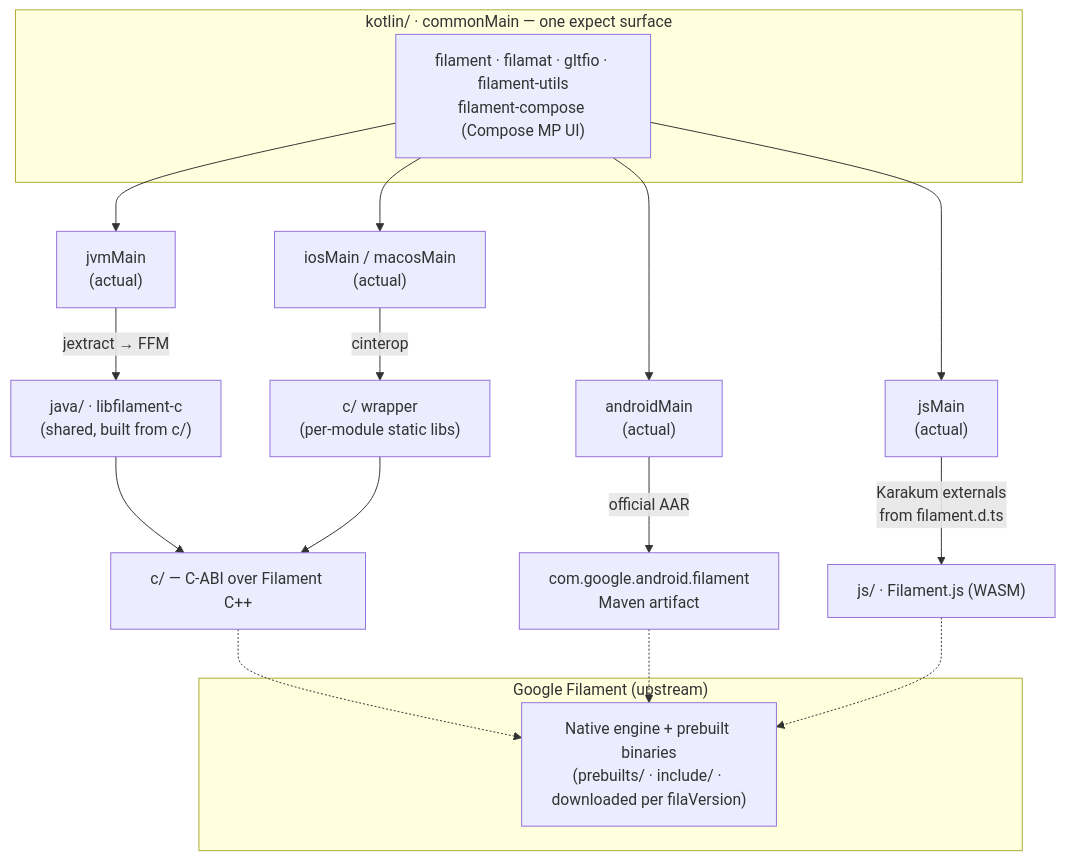
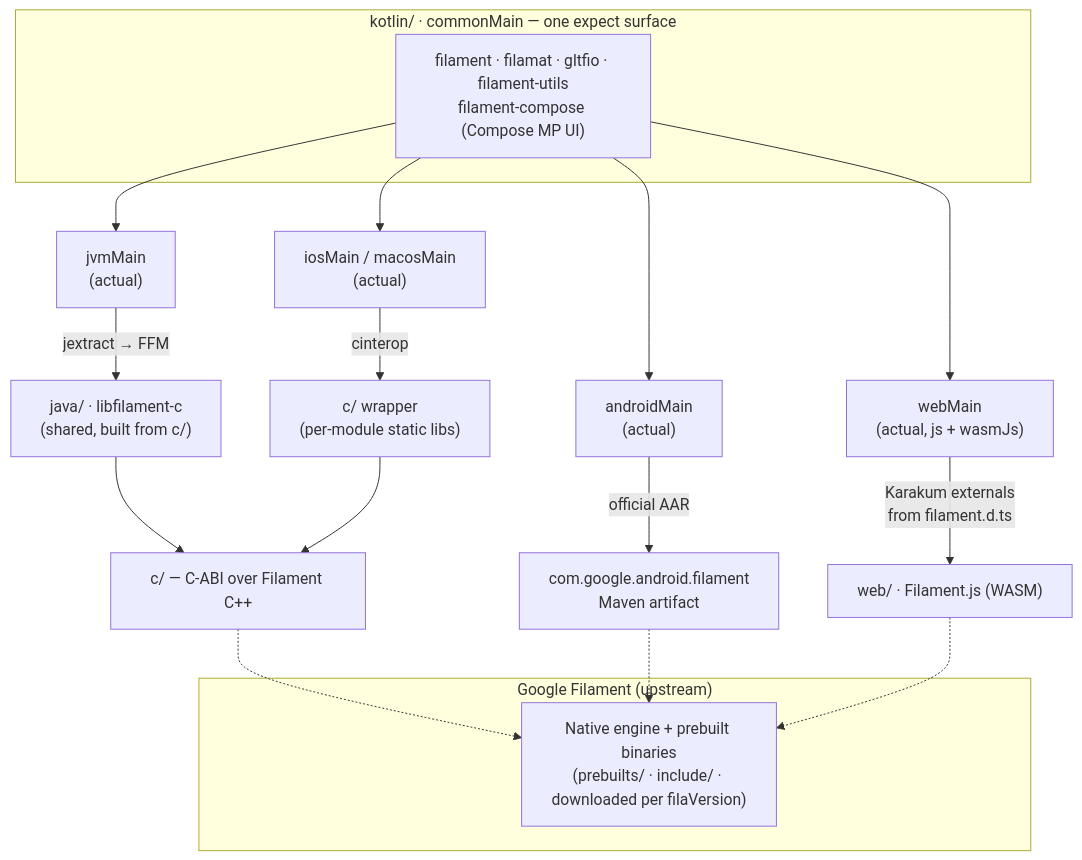
One commit to Erkko68/filament-kmp changed the diagram in docs/repo-structure.md. Above: the diagram before and after it, drawn with Mermaid. The commit also changed other lines of this file and 6 other files, not shown here.

First line of the commit message:
docs: document the dual web target (Kotlin/JS + Kotlin/Wasm)

````diff
--- a/docs/repo-structure.md
+++ b/docs/repo-structure.md
@@ -11,27 +11,27 @@
 ```mermaid
 flowchart TB
     subgraph common["kotlin/ · commonMain — one expect surface"]
         API["filament · filamat · gltfio · filament-utils<br/>filament-compose (Compose MP UI)"]
     end
 
     API --> AND["androidMain<br/>(actual)"]
     API --> JVM["jvmMain<br/>(actual)"]
     API --> NAT["iosMain / macosMain<br/>(actual)"]
-    API --> WEB["jsMain<br/>(actual)"]
+    API --> WEB["webMain<br/>(actual, js + wasmJs)"]
 
     AND -->|official AAR| MAVEN["com.google.android.filament<br/>Maven artifact"]
     JVM -->|jextract → FFM| FFM["java/ · libfilament-c<br/>(shared, built from c/)"]
     NAT -->|cinterop| CIN["c/ wrapper<br/>(per-module static libs)"]
-    WEB -->|Karakum externals<br/>from filament.d.ts| JS["js/ · Filament.js (WASM)"]
+    WEB -->|Karakum externals<br/>from filament.d.ts| JS["web/ · Filament.js (WASM)"]
 
     FFM --> CWRAP["c/ — C-ABI over Filament C++"]
     CIN --> CWRAP
 
     CWRAP -.-> ENGINE
     MAVEN -.-> ENGINE
     JS -.-> ENGINE
 
     subgraph upstream["Google Filament (upstream)"]
         ENGINE["Native engine + prebuilt binaries<br/>(prebuilts/ · include/ · downloaded per filaVersion)"]
     end
 ```
````
